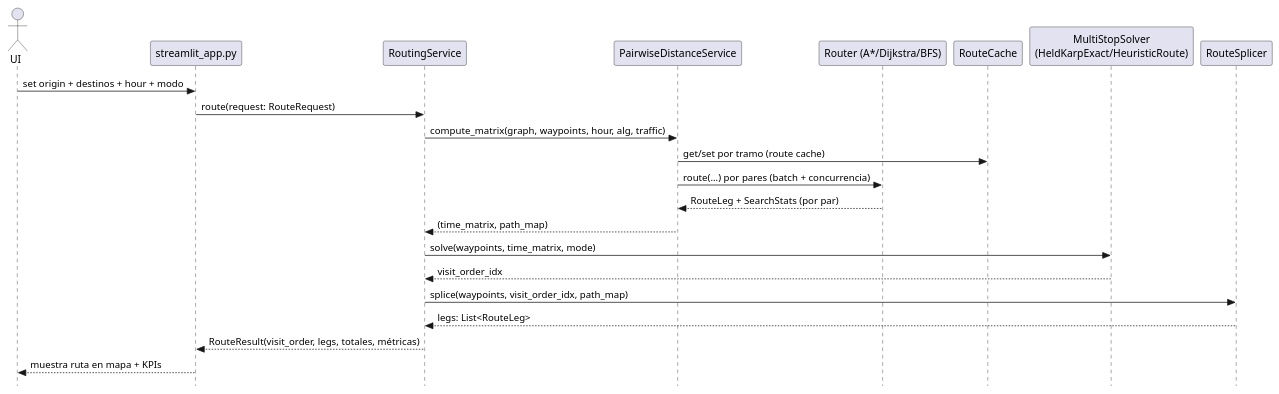
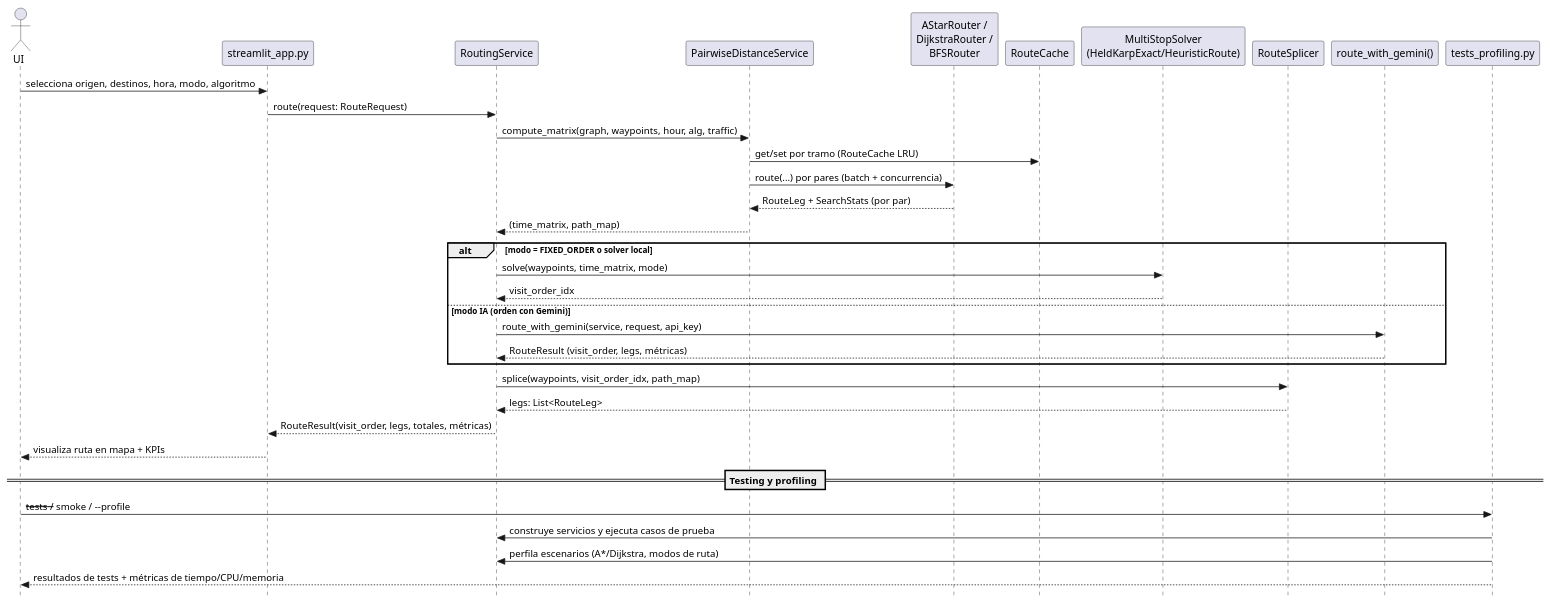
The diagram in diagrama.puml (JesusOliveto/FinalPEF), drawn with PlantUML before and after one commit. The commit also changed 2 other files, not shown here.

Commit message:
Eliminar diagramas obsoletos de DER.puml y DER_operacional.puml; actualizar diagrama de flujo en diagrama.puml para reflejar cambios en la lógica de enrutamiento y pruebas.

```diff
--- a/diagrama.puml
+++ b/diagrama.puml
@@ -1,29 +1,42 @@
 @startuml
 skinparam style strictuml
 actor UI as User
 participant "streamlit_app.py" as UIApp
 participant "RoutingService" as RS
 participant "PairwiseDistanceService" as PDS
-participant "Router (A*/Dijkstra/BFS)" as RTR
+participant "AStarRouter /\nDijkstraRouter /\nBFSRouter" as RTR
 participant "RouteCache" as CACH
 participant "MultiStopSolver\n(HeldKarpExact/HeuristicRoute)" as SOLV
 participant "RouteSplicer" as SPL
+participant "route_with_gemini()" as GEM
+participant "tests_profiling.py" as PROF
 
-User -> UIApp: set origin + destinos + hour + modo
+User -> UIApp: selecciona origen, destinos, hora, modo, algoritmo
 UIApp -> RS: route(request: RouteRequest)
 
 RS -> PDS: compute_matrix(graph, waypoints, hour, alg, traffic)
-PDS -> CACH: get/set por tramo (route cache)
+PDS -> CACH: get/set por tramo (RouteCache LRU)
 PDS -> RTR: route(...) por pares (batch + concurrencia)
 RTR --> PDS: RouteLeg + SearchStats (por par)
 PDS --> RS: (time_matrix, path_map)
 
-RS -> SOLV: solve(waypoints, time_matrix, mode)
-SOLV --> RS: visit_order_idx
+alt modo = FIXED_ORDER o solver local
+	RS -> SOLV: solve(waypoints, time_matrix, mode)
+	SOLV --> RS: visit_order_idx
+else modo IA (orden con Gemini)
+	RS -> GEM: route_with_gemini(service, request, api_key)
+	GEM --> RS: RouteResult (visit_order, legs, métricas)
+end
 
 RS -> SPL: splice(waypoints, visit_order_idx, path_map)
 SPL --> RS: legs: List<RouteLeg>
 
 RS --> UIApp: RouteResult(visit_order, legs, totales, métricas)
-UIApp --> User: muestra ruta en mapa + KPIs
+UIApp --> User: visualiza ruta en mapa + KPIs
+
+== Testing y profiling ==
+User -> PROF: --tests / --smoke / --profile
+PROF -> RS: construye servicios y ejecuta casos de prueba
+PROF -> RS: perfila escenarios (A*/Dijkstra, modos de ruta)
+PROF --> User: resultados de tests + métricas de tiempo/CPU/memoria
 @enduml
```
